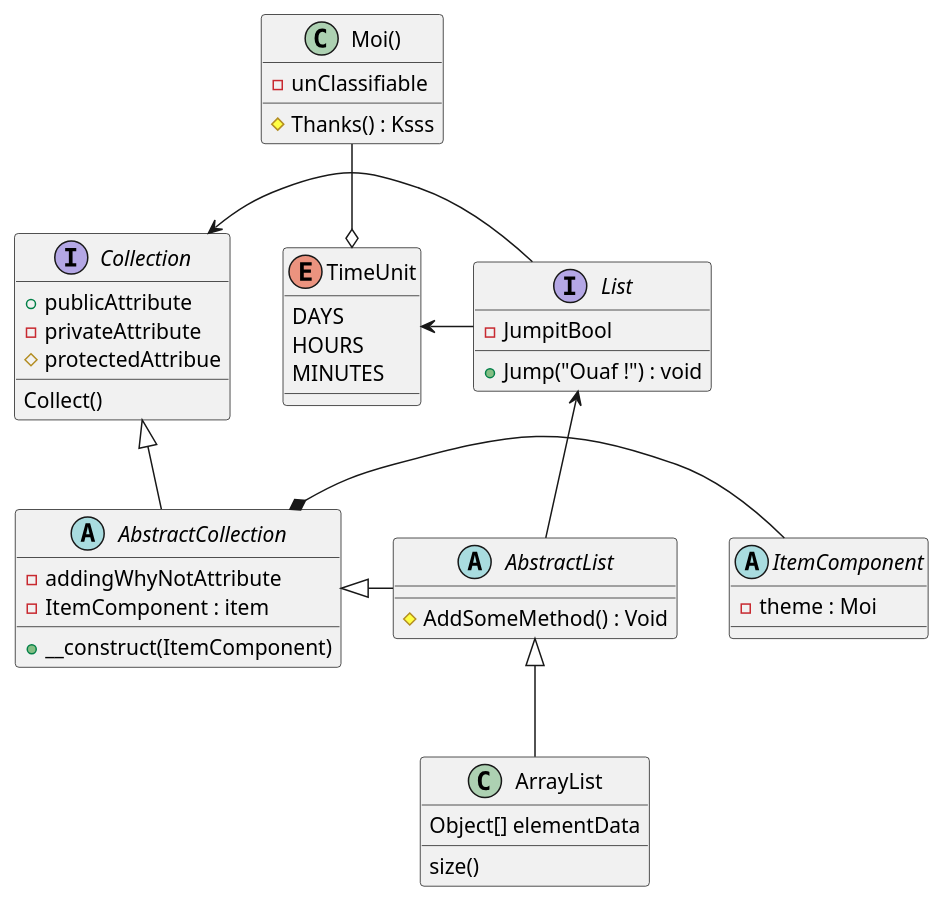
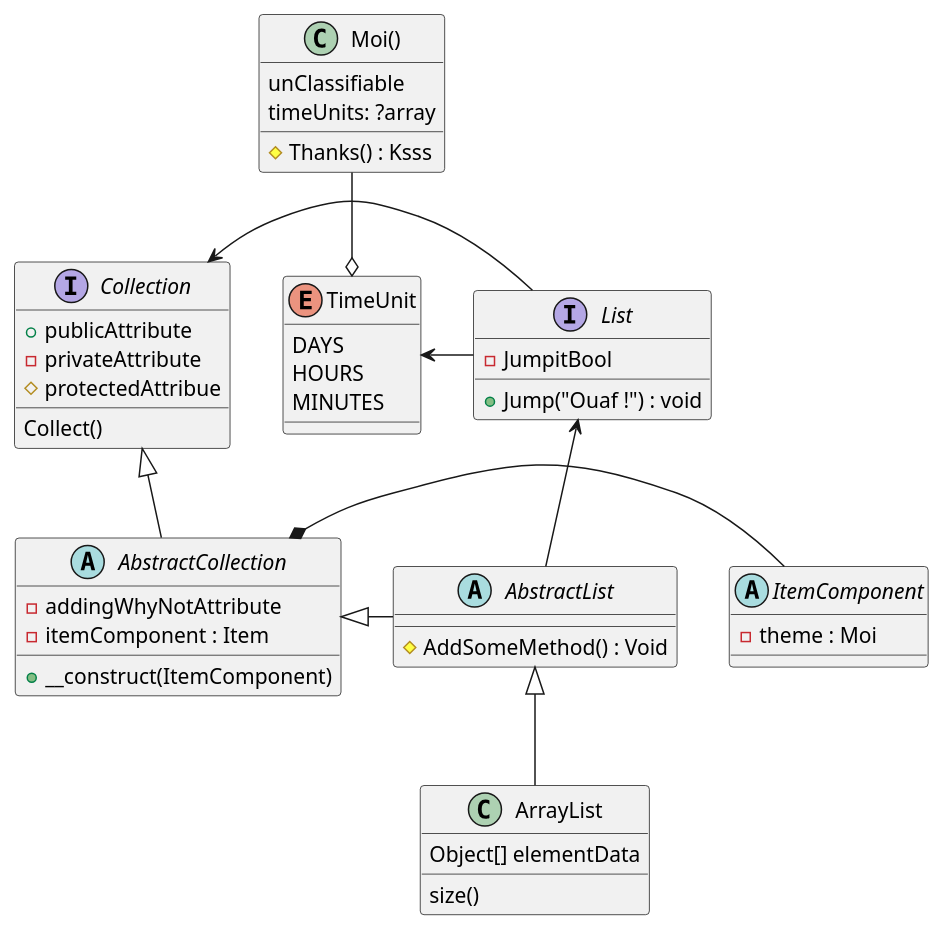
One commit to rdanf1/UML_1st_Sample_On_PhpStorm changed the diagram in PlantUML Sample Class Type.puml. Above: the diagram before and after it, drawn with PlantUML.

Commit message:
Type void or other sample => <attribute>: ?<Type> (ie " cars: ?array " => is an array of cars or void )

```diff
--- a/PlantUML Sample Class Type.puml
+++ b/PlantUML Sample Class Type.puml
@@ -1,61 +1,62 @@
 @startuml
 'https://plantuml.com/class-diagram
 
 class Moi() {
-    - unClassifiable
+    unClassifiable
+    timeUnits: ?array
     # Thanks() : Ksss
 }
 'True ! ( Weak bonded with Time Unit )
 "Moi()" -down-o TimeUnit
 ' These work too (any combination)
 'Moi *-down-* TimeUnit
 'Moi -down-+ TimeUnit
 'Moi -down-# TimeUnit
 
 
 
 abstract class AbstractList {
     # AddSomeMethod() : Void
 }
 abstract AbstractCollection {
     - addingWhyNotAttribute
-    - ItemComponent : item
+    - itemComponent : Item
     + __construct(ItemComponent)
 }
 interface List {
     - JumpitBool
     + Jump("Ouaf !") : void
     }
 interface Collection {
     + publicAttribute
     - privateAttribute
     # protectedAttribue
     Collect()
     }
 
 abstract ItemComponent {
     - theme : Moi
 }
 
 ' Bottom didn't work... (the rabbit)
 AbstractCollection *-Right- ItemComponent
 
 List <-- AbstractList
 Collection <|-- AbstractCollection
 Collection <- List
 AbstractCollection <|- AbstractList
 AbstractList <|-- ArrayList
 
 class ArrayList {
 Object[] elementData
 size()
 }
 enum TimeUnit {
 DAYS
 HOURS
 MINUTES
 }
 
 ' nice jump !
 TimeUnit <-right- List
 @enduml
```
